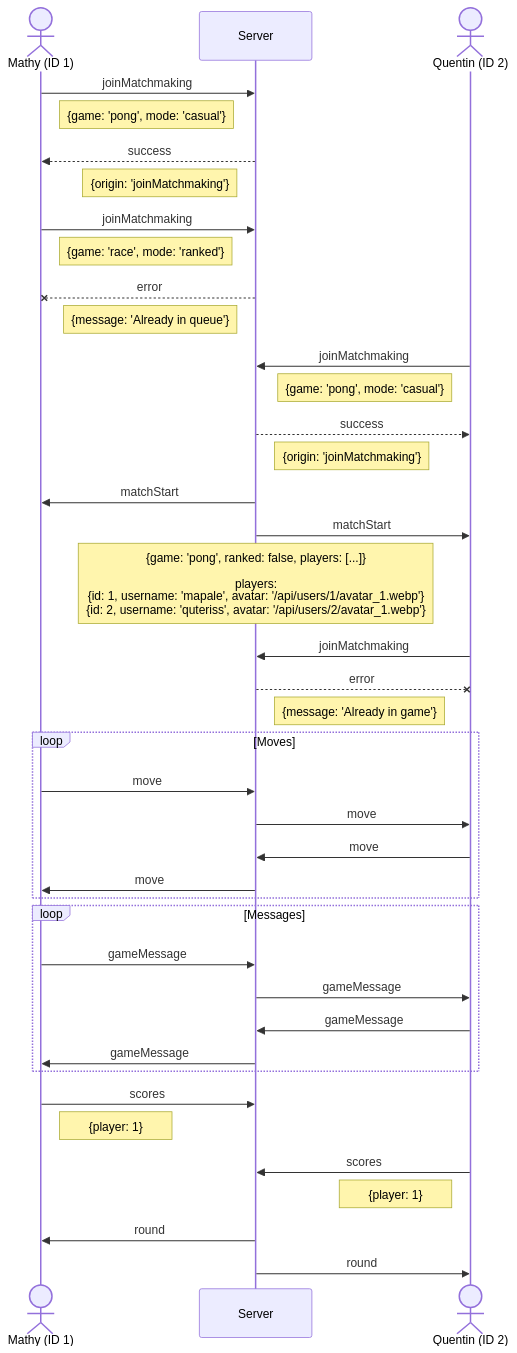
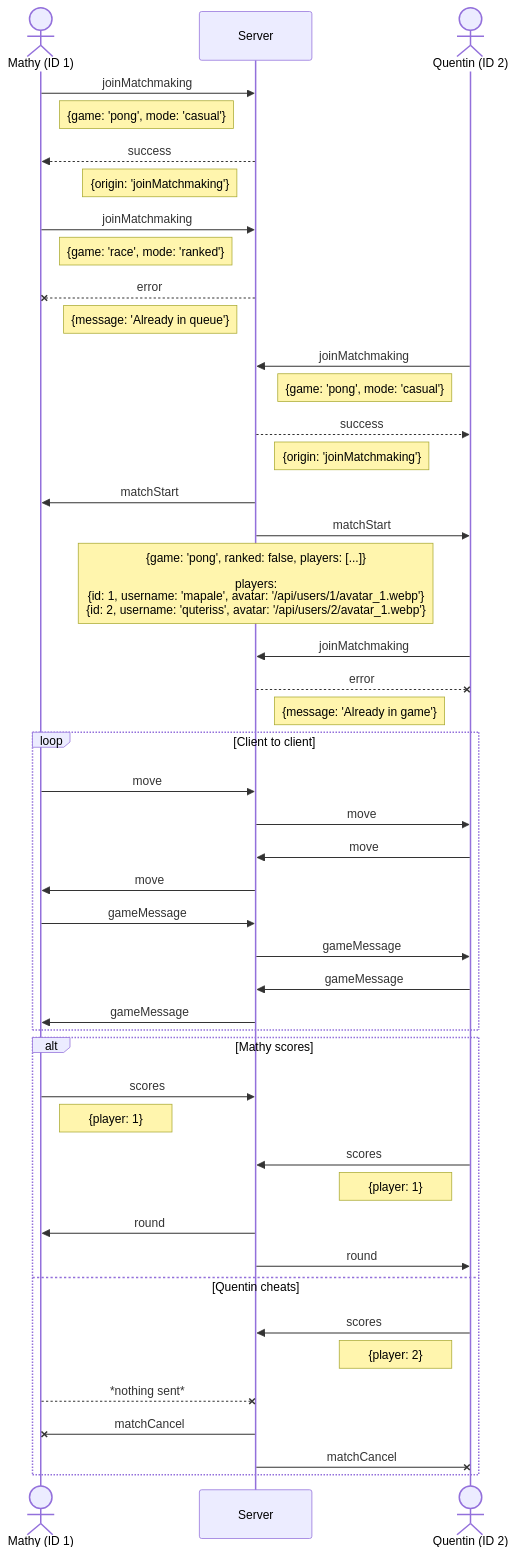
One commit to deydoux/42cursus-ft_transcendence changed the diagram in docs/WebSocket/match.md. Above: the diagram before and after it, drawn with Mermaid.

Commit message:
docs: clarify sequence diagram for client interactions in matchmaking

````diff
--- a/docs/WebSocket/match.md
+++ b/docs/WebSocket/match.md
@@ -1,51 +1,56 @@
 ```mermaid
 sequenceDiagram
   actor m as Mathy (ID 1)
   participant s as Server
   actor q as Quentin (ID 2)
 
   m ->> s: joinMatchmaking
   Note right of m: {game: 'pong', mode: 'casual'}
   s -->> m: success
   Note left of s: {origin: 'joinMatchmaking'}
 
   m ->> s: joinMatchmaking
   Note right of m: {game: 'race', mode: 'ranked'}
   s --x m: error
   Note left of s: {message: 'Already in queue'}
 
   q ->> s: joinMatchmaking
   Note left of q: {game: 'pong', mode: 'casual'}
   s -->> q: success
   Note right of s: {origin: 'joinMatchmaking'}
 
   s ->> m: matchStart
   s ->> q: matchStart
   Note over s: {game: 'pong', ranked: false, players: [...]}<br><br> players:<br>{id: 1, username: 'mapale', avatar: '/api/users/1/avatar_1.webp'}<br>{id: 2, username: 'quteriss', avatar: '/api/users/2/avatar_1.webp'}
 
   q ->> s: joinMatchmaking
   s --x q: error
   Note right of s: {message: 'Already in game'}
 
-  loop Moves
+  loop Client to client
     m ->> s: move
     s ->> q: move
     q ->> s: move
     s ->> m: move
-  end
 
-  loop Messages
     m ->> s: gameMessage
     s ->> q: gameMessage
     q ->> s: gameMessage
     s ->> m: gameMessage
   end
 
-  m ->> s: scores
-  Note right of m: {player: 1}
-  q ->> s: scores
-  Note left of q: {player: 1}
-
-  s ->> m: round
-  s ->> q: round
+  alt Mathy scores
+    m ->> s: scores
+    Note right of m: {player: 1}
+    q ->> s: scores
+    Note left of q: {player: 1}
+    s ->> m: round
+    s ->> q: round
+  else Quentin cheats
+    q ->> s: scores
+    Note left of q: {player: 2}
+    m --x s: *nothing sent*
+    s -x m: matchCancel
+    s -x q: matchCancel
+  end
 ```
````
